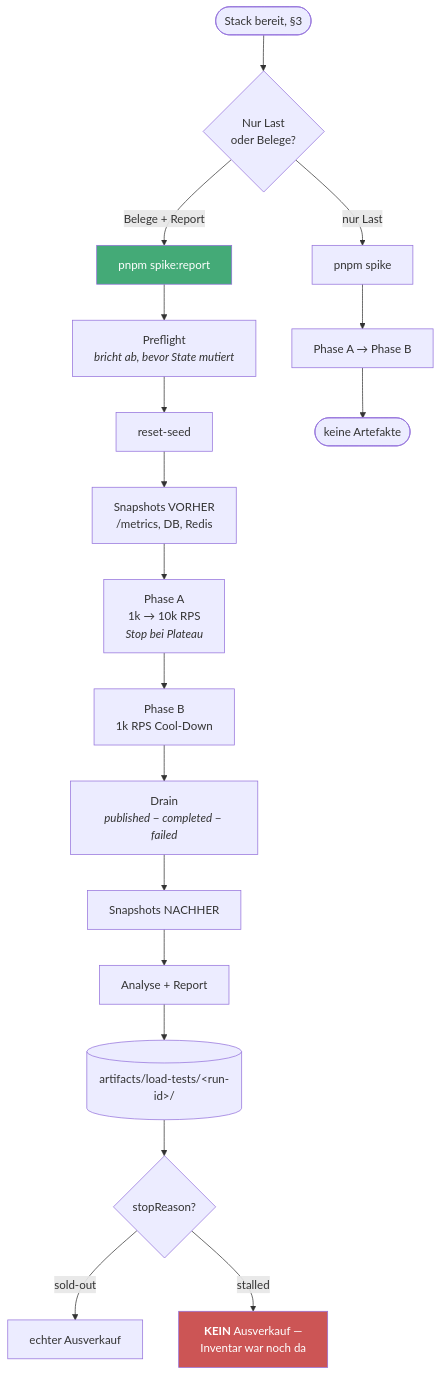
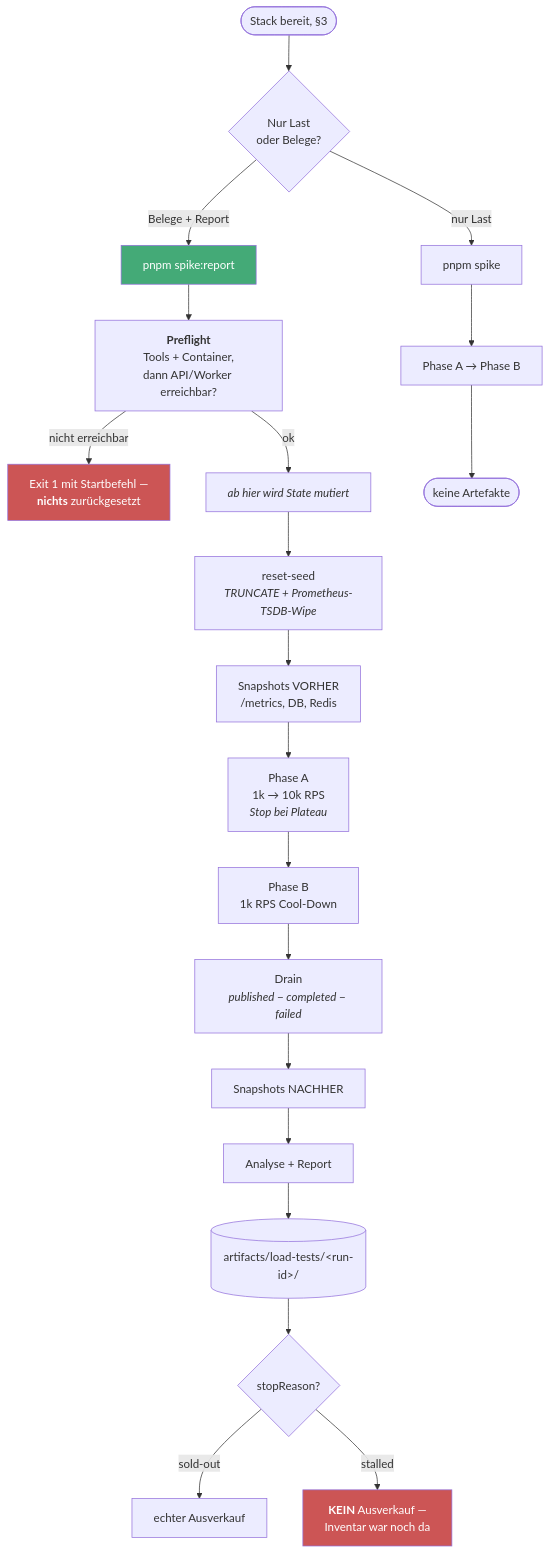
The fifth of 10 diagrams in RUNBOOK.md (schuler-ph/high-frequency-ticket-system), drawn with Mermaid before and after one commit. The commit also changed other lines of this file and 6 other files, not shown here.

````diff
--- a/RUNBOOK.md
+++ b/RUNBOOK.md
@@ -170,27 +173,30 @@
 ```mermaid
 flowchart TD
     A([Stack bereit, §3]) --> B{"Nur Last<br/>oder Belege?"}
 
     B -->|nur Last| C["pnpm spike"]
     B -->|Belege + Report| D["pnpm spike:report"]
 
-    D --> D1["Preflight<br/><i>bricht ab, bevor State mutiert</i>"]
-    D1 --> D2["reset-seed"]
+    D --> D0["<b>Preflight</b><br/>Tools + Container,<br/>dann API/Worker erreichbar?"]
+    D0 -->|"nicht erreichbar"| DX["Exit 1 mit Startbefehl —<br/><b>nichts</b> zurückgesetzt"]
+    D0 -->|ok| D1["<i>ab hier wird State mutiert</i>"]
+    D1 --> D2["reset-seed<br/><i>TRUNCATE + Prometheus-TSDB-Wipe</i>"]
     D2 --> D3["Snapshots VORHER<br/>/metrics, DB, Redis"]
     D3 --> D4["Phase A<br/>1k → 10k RPS<br/><i>Stop bei Plateau</i>"]
     D4 --> D5["Phase B<br/>1k RPS Cool-Down"]
     D5 --> D6["Drain<br/><i>published − completed − failed</i>"]
     D6 --> D7["Snapshots NACHHER"]
     D7 --> D8["Analyse + Report"]
     D8 --> E[("artifacts/load-tests/&lt;run-id&gt;/")]
 
     C --> C1["Phase A → Phase B"]
     C1 --> C2(["keine Artefakte"])
 
     E --> F{"stopReason?"}
     F -->|sold-out| G["echter Ausverkauf"]
     F -->|stalled| H["<b>KEIN</b> Ausverkauf —<br/>Inventar war noch da"]
 
     style D fill:#4a7,color:#fff
     style H fill:#c55,color:#fff
+    style DX fill:#c55,color:#fff
 ```
````
